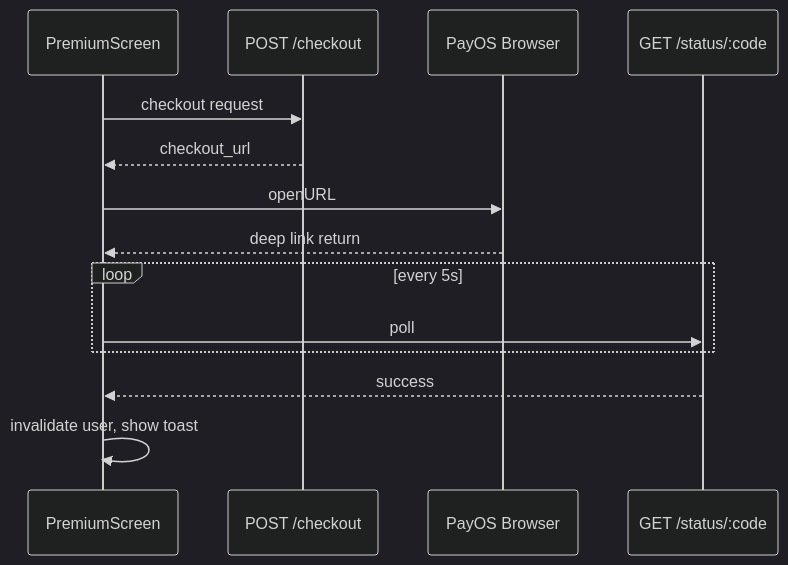
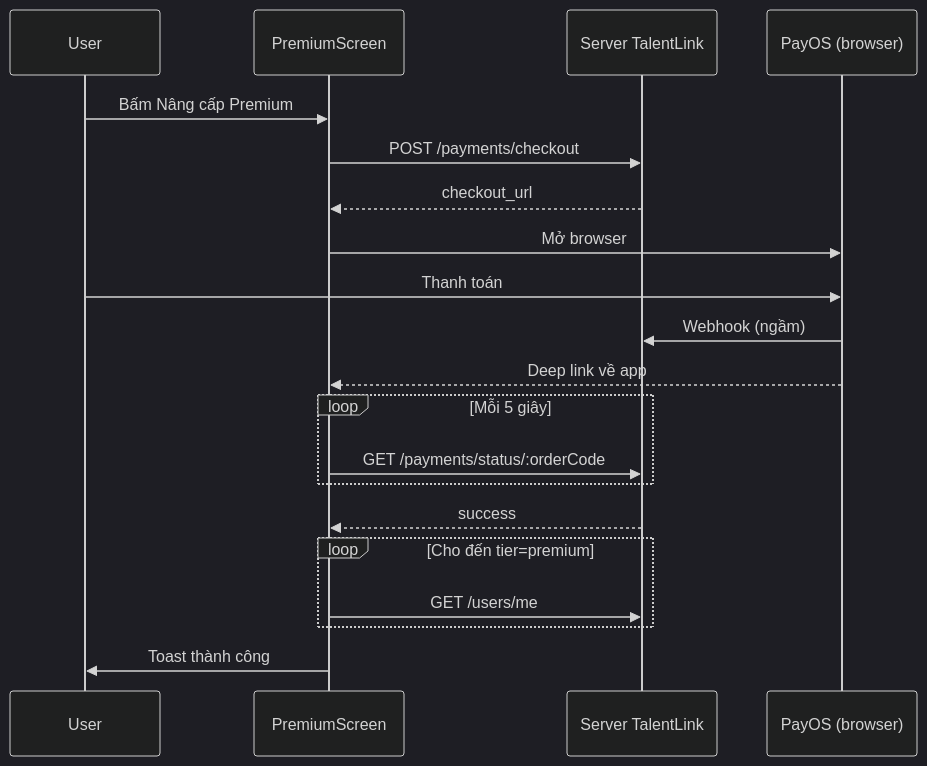
The diagram in docs/features/payments.md (JonasAugust12/Soundspal-Mobile), drawn with Mermaid (dark theme) before and after one commit. The commit also changed other lines of this file and 2 other files, not shown here.

````diff
--- a/docs/features/payments.md
+++ b/docs/features/payments.md
@@ -175,17 +169,23 @@
 ```mermaid
 sequenceDiagram
+    participant User
     participant App as PremiumScreen
-    participant API as POST /checkout
-    participant PayOS as PayOS Browser
-    participant Status as GET /status/:code
+    participant API as Server TalentLink
+    participant PayOS as PayOS (browser)
 
-    App->>API: checkout request
+    User->>App: Bấm Nâng cấp Premium
+    App->>API: POST /payments/checkout
     API-->>App: checkout_url
-    App->>PayOS: openURL
-    PayOS-->>App: deep link return
-    loop every 5s
-        App->>Status: poll
+    App->>PayOS: Mở browser
+    User->>PayOS: Thanh toán
+    PayOS->>API: Webhook (ngầm)
+    PayOS-->>App: Deep link về app
+    loop Mỗi 5 giây
+        App->>API: GET /payments/status/:orderCode
     end
-    Status-->>App: success
-    App->>App: invalidate user, show toast
+    API-->>App: success
+    loop Cho đến tier=premium
+        App->>API: GET /users/me
+    end
+    App->>User: Toast thành công
 ```
````
